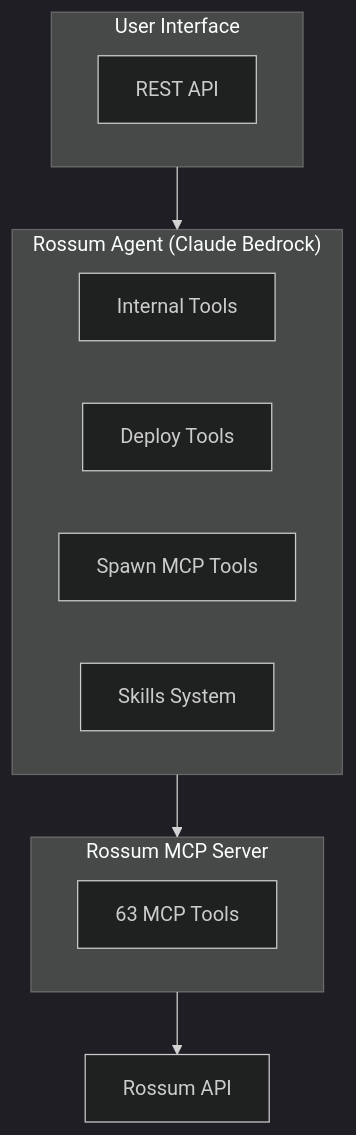
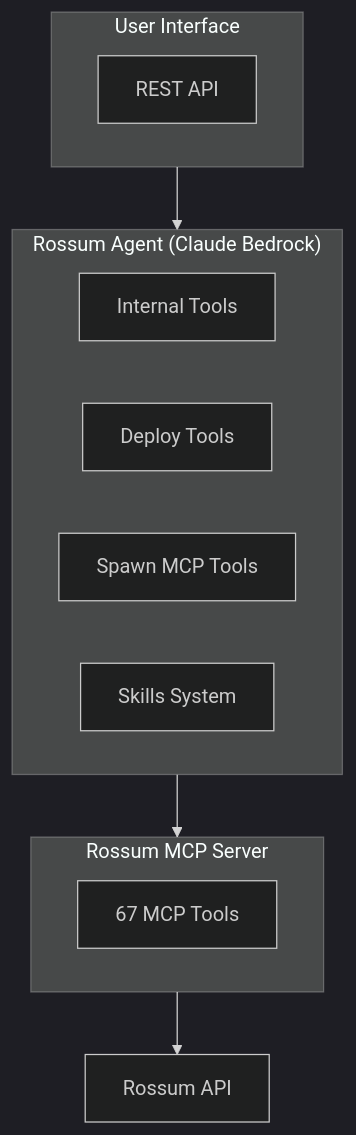
Before and after one commit to stancld/rossum-agents: the diagram in rossum-agent/README.md, drawn with Mermaid (dark theme). The commit also changed other lines of this file and 42 other files, not shown here.

````diff
--- a/rossum-agent/README.md
+++ b/rossum-agent/README.md
@@ -194,23 +190,23 @@
 ```mermaid
 flowchart TB
     subgraph UI["User Interface"]
         A[REST API]
     end
 
     subgraph Agent["Rossum Agent (Claude Bedrock)"]
         IT[Internal Tools]
         DT[Deploy Tools]
         MT[Spawn MCP Tools]
         SK[Skills System]
     end
 
     subgraph MCP["Rossum MCP Server"]
-        Tools[63 MCP Tools]
+        Tools[67 MCP Tools]
     end
 
     API[Rossum API]
 
     UI --> Agent
     Agent --> MCP
     MCP --> API
 ```
````
